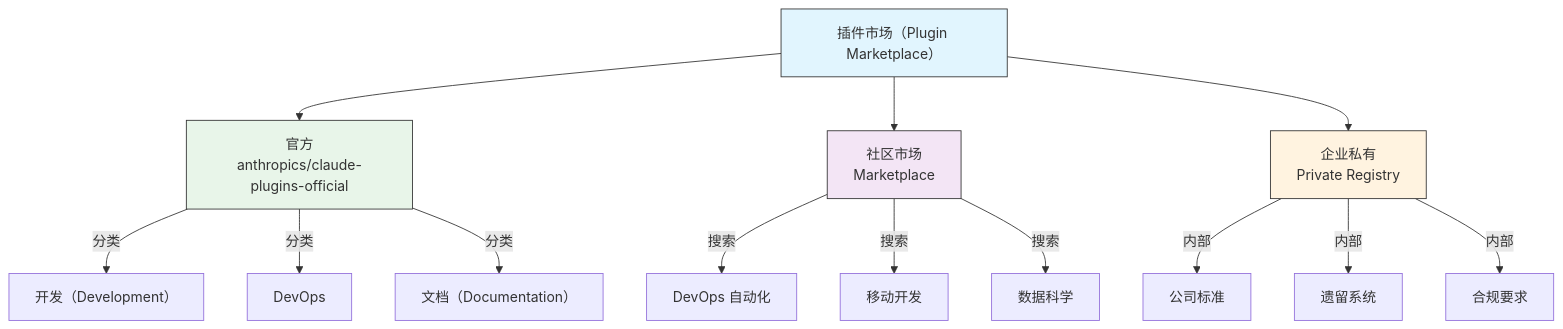
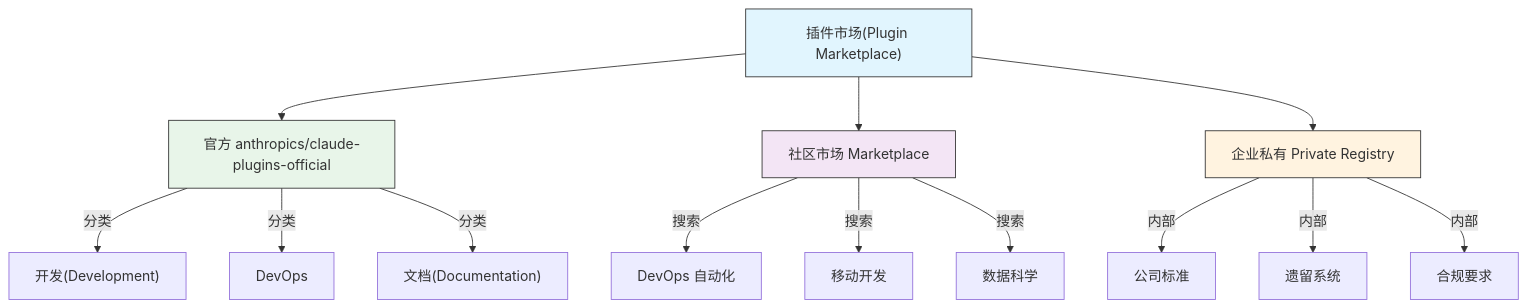
One commit to Rx782-Fss/claude-howto-zh changed the third of 5 diagrams in 07-plugins/README.md. Above: the diagram before and after it, drawn with Mermaid. The commit also changed other lines of this file and 5 other files, not shown here.

Commit message:
fix: Mermaid 内全角括号/问号/emoji/<br/> 改为半角ASCII避免 GitHub 渲染失败

````diff
--- a/07-plugins/README.md
+++ b/07-plugins/README.md
@@ -421,28 +421,28 @@
 ```mermaid
 graph TB
-    A["插件市场（Plugin Marketplace）"]
-    B["官方<br/>anthropics/claude-plugins-official"]
-    C["社区市场<br/>Marketplace"]
-    D["企业私有<br/>Private Registry"]
+    A["插件市场(Plugin Marketplace)"]
+    B["官方 anthropics/claude-plugins-official"]
+    C["社区市场 Marketplace"]
+    D["企业私有 Private Registry"]
 
     A --> B
     A --> C
     A --> D
 
-    B -->|分类| B1["开发（Development）"]
+    B -->|分类| B1["开发(Development)"]
     B -->|分类| B2["DevOps"]
-    B -->|分类| B3["文档（Documentation）"]
+    B -->|分类| B3["文档(Documentation)"]
 
     C -->|搜索| C1["DevOps 自动化"]
     C -->|搜索| C2["移动开发"]
     C -->|搜索| C3["数据科学"]
 
     D -->|内部| D1["公司标准"]
     D -->|内部| D2["遗留系统"]
     D -->|内部| D3["合规要求"]
 
     style A fill:#e1f5fe,stroke:#333,color:#333
     style B fill:#e8f5e9,stroke:#333,color:#333
     style C fill:#f3e5f5,stroke:#333,color:#333
     style D fill:#fff3e0,stroke:#333,color:#333
 ```
````
